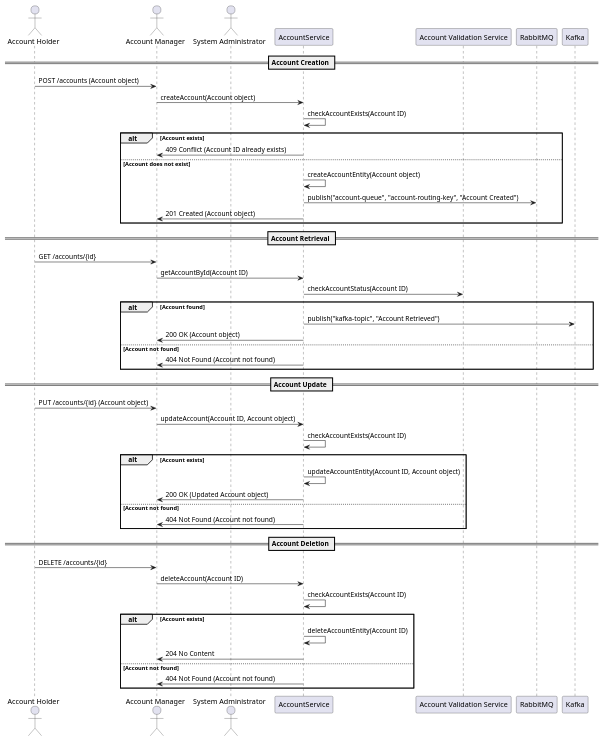
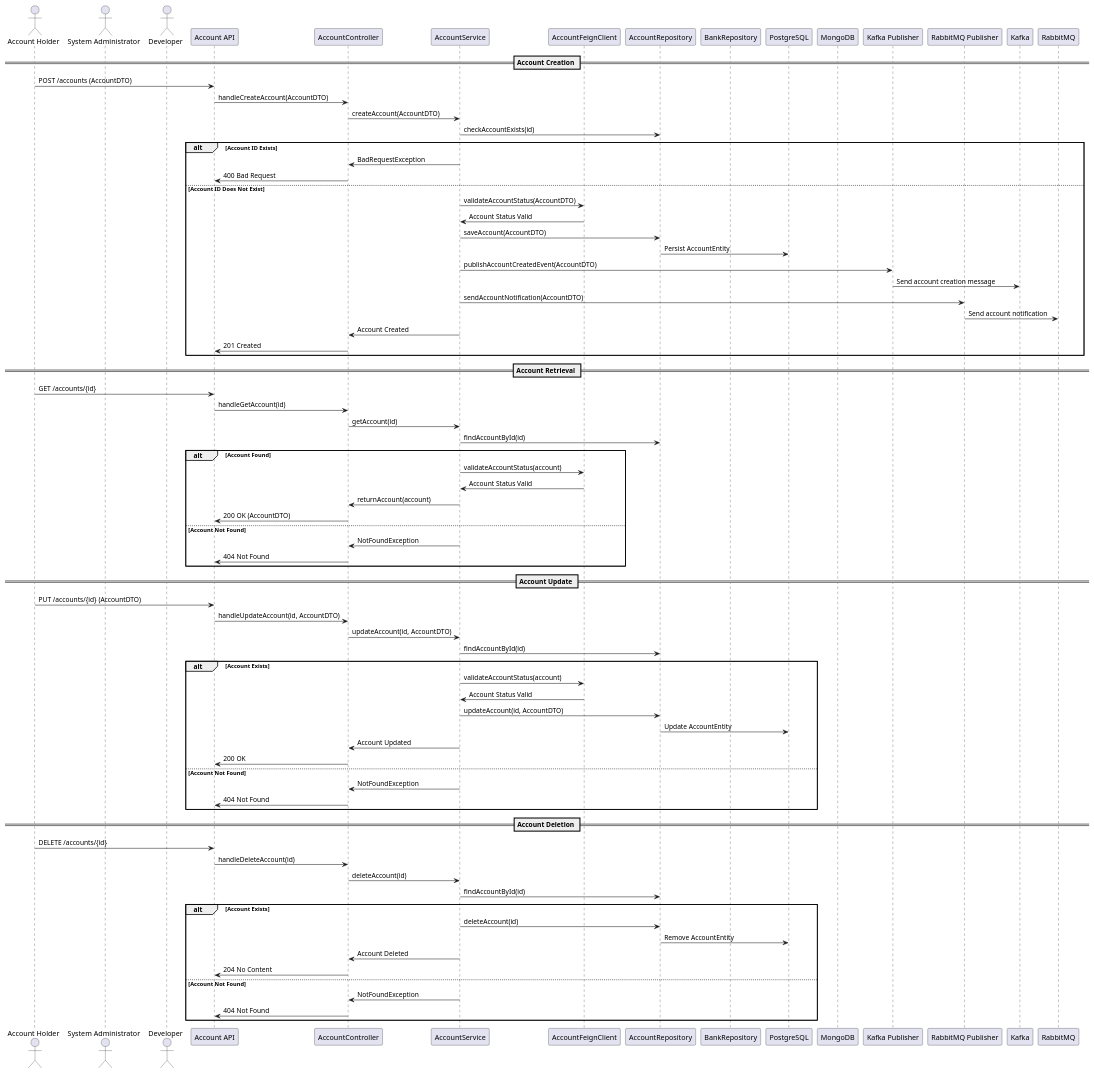
One commit to Bhaskar-Pavan/AccountService changed the diagram in design_document/Account_service.md. Above: the diagram before and after it, drawn with PlantUML. The commit also changed other lines of this file, not shown here.

````diff
--- a/design_document/Account_service.md
+++ b/design_document/Account_service.md
@@ -46,56 +49,85 @@
 ```plantuml
 @startuml
-actor "Account Holder" as AccountHolder
-actor "Account Manager" as AccountManager
-actor "System Administrator" as SystemAdmin
-participant "AccountService" as AccountService
-participant "Account Validation Service" as ValidationService
-participant "RabbitMQ" as RabbitMQ
-participant "Kafka" as Kafka
+actor "Account Holder" as AH
+actor "System Administrator" as SA
+actor "Developer" as D
+participant "Account API" as API
+participant "AccountController" as AC
+participant "AccountService" as AS
+participant "AccountFeignClient" as AFC
+participant "AccountRepository" as AR
+participant "BankRepository" as BR
+participant "PostgreSQL" as PG
+participant "MongoDB" as MG
+participant "Kafka Publisher" as KP
+participant "RabbitMQ Publisher" as RP
 
 == Account Creation ==
-AccountHolder -> AccountManager: POST /accounts (Account object)
-AccountManager -> AccountService: createAccount(Account object)
-AccountService -> AccountService: checkAccountExists(Account ID)
-alt Account exists
-    AccountService -> AccountManager: 409 Conflict (Account ID already exists)
-else Account does not exist
-    AccountService -> AccountService: createAccountEntity(Account object)
-    AccountService -> RabbitMQ: publish("account-queue", "account-routing-key", "Account Created")
-    AccountService -> AccountManager: 201 Created (Account object)
+AH -> API : POST /accounts (AccountDTO)
+API -> AC : handleCreateAccount(AccountDTO)
+AC -> AS : createAccount(AccountDTO)
+AS -> AR : checkAccountExists(id)
+alt Account ID Exists
+    AS -> AC : BadRequestException
+    AC -> API : 400 Bad Request
+else Account ID Does Not Exist
+    AS -> AFC : validateAccountStatus(AccountDTO)
+    AFC -> AS : Account Status Valid
+    AS -> AR : saveAccount(AccountDTO)
+    AR -> PG : Persist AccountEntity
+    AS -> KP : publishAccountCreatedEvent(AccountDTO)
+    KP -> Kafka : Send account creation message
+    AS -> RP : sendAccountNotification(AccountDTO)
+    RP -> RabbitMQ : Send account notification
+    AS -> AC : Account Created
+    AC -> API : 201 Created
 end
 
 == Account Retrieval ==
-AccountHolder -> AccountManager: GET /accounts/{id}
-AccountManager -> AccountService: getAccountById(Account ID)
-AccountService -> ValidationService: checkAccountStatus(Account ID)
-alt Account found
-    AccountService -> Kafka: publish("kafka-topic", "Account Retrieved")
-    AccountService -> AccountManager: 200 OK (Account object)
-else Account not found
-    AccountService -> AccountManager: 404 Not Found (Account not found)
+AH -> API : GET /accounts/{id}
+API -> AC : handleGetAccount(id)
+AC -> AS : getAccount(id)
+AS -> AR : findAccountById(id)
+alt Account Found
+    AS -> AFC : validateAccountStatus(account)
+    AFC -> AS : Account Status Valid
+    AS -> AC : returnAccount(account)
+    AC -> API : 200 OK (AccountDTO)
+else Account Not Found
+    AS -> AC : NotFoundException
+    AC -> API : 404 Not Found
 end
 
 == Account Update ==
-AccountHolder -> AccountManager: PUT /accounts/{id} (Account object)
-AccountManager -> AccountService: updateAccount(Account ID, Account object)
-AccountService -> AccountService: checkAccountExists(Account ID)
-alt Account exists
-    AccountService -> AccountService: updateAccountEntity(Account ID, Account object)
-    AccountService -> AccountManager: 200 OK (Updated Account object)
-else Account not found
-    AccountService -> AccountManager: 404 Not Found (Account not found)
+AH -> API : PUT /accounts/{id} (AccountDTO)
+API -> AC : handleUpdateAccount(id, AccountDTO)
+AC -> AS : updateAccount(id, AccountDTO)
+AS -> AR : findAccountById(id)
+alt Account Exists
+    AS -> AFC : validateAccountStatus(account)
+    AFC -> AS : Account Status Valid
+    AS -> AR : updateAccount(id, AccountDTO)
+    AR -> PG : Update AccountEntity
+    AS -> AC : Account Updated
+    AC -> API : 200 OK
+else Account Not Found
+    AS -> AC : NotFoundException
+    AC -> API : 404 Not Found
 end
 
 == Account Deletion ==
-AccountHolder -> AccountManager: DELETE /accounts/{id}
-AccountManager -> AccountService: deleteAccount(Account ID)
-AccountService -> AccountService: checkAccountExists(Account ID)
-alt Account exists
-    AccountService -> AccountService: deleteAccountEntity(Account ID)
-    AccountService -> AccountManager: 204 No Content
-else Account not found
-    AccountService -> AccountManager: 404 Not Found (Account not found)
+AH -> API : DELETE /accounts/{id}
+API -> AC : handleDeleteAccount(id)
+AC -> AS : deleteAccount(id)
+AS -> AR : findAccountById(id)
+alt Account Exists
+    AS -> AR : deleteAccount(id)
+    AR -> PG : Remove AccountEntity
+    AS -> AC : Account Deleted
+    AC -> API : 204 No Content
+else Account Not Found
+    AS -> AC : NotFoundException
+    AC -> API : 404 Not Found
 end
 
 @enduml
````
